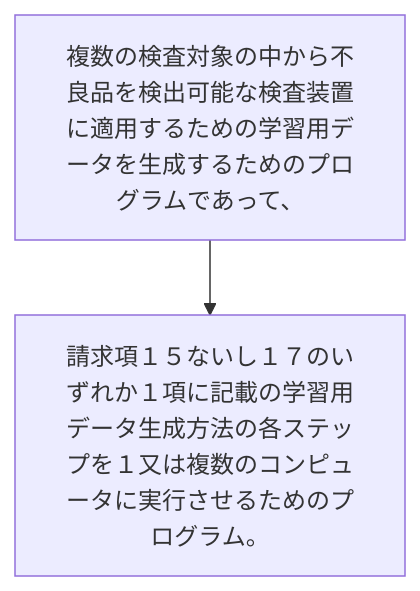
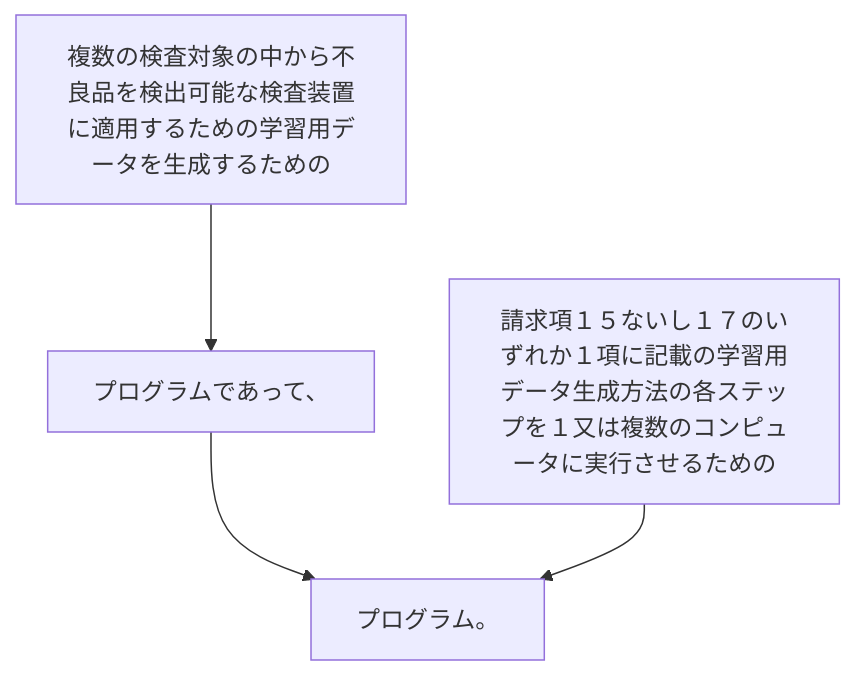
The diagram in 2024/JP2024000284A/claim_18/README.md (shinmori55/patent_analyzed), drawn with Mermaid before and after one commit. The commit also changed 25 other files, not shown here.

````diff
--- a/2024/JP2024000284A/claim_18/README.md
+++ b/2024/JP2024000284A/claim_18/README.md
@@ -3,6 +3,10 @@
 ```mermaid
 flowchart TD
-A[複数の検査対象の中から不良品を検出可能な検査装置に適用するための学習用データを生成するためのプログラムであって、]
-B[請求項１５ないし１７のいずれか１項に記載の学習用データ生成方法の各ステップを１又は複数のコンピュータに実行させるためのプログラム。]
+A[複数の検査対象の中から不良品を検出可能な検査装置に適用するための学習用データを生成するための]
+B[プログラムであって、]
+C[請求項１５ないし１７のいずれか１項に記載の学習用データ生成方法の各ステップを１又は複数のコンピュータに実行させるための]
+D[プログラム。]
 A --> B
+B --> D
+C --> D
 ```
````
